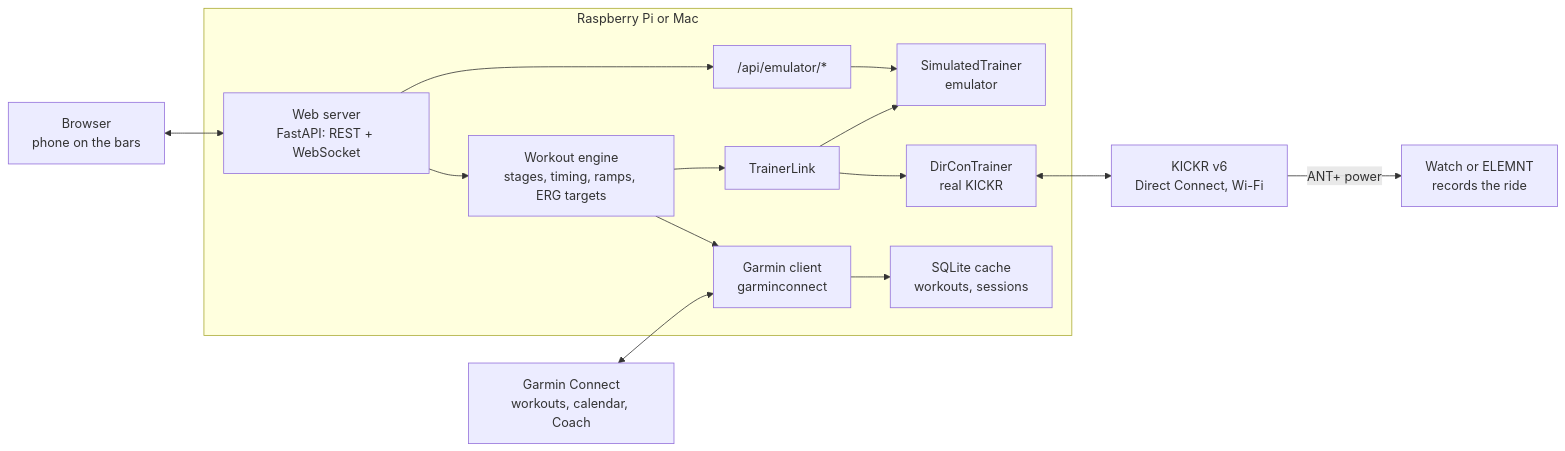
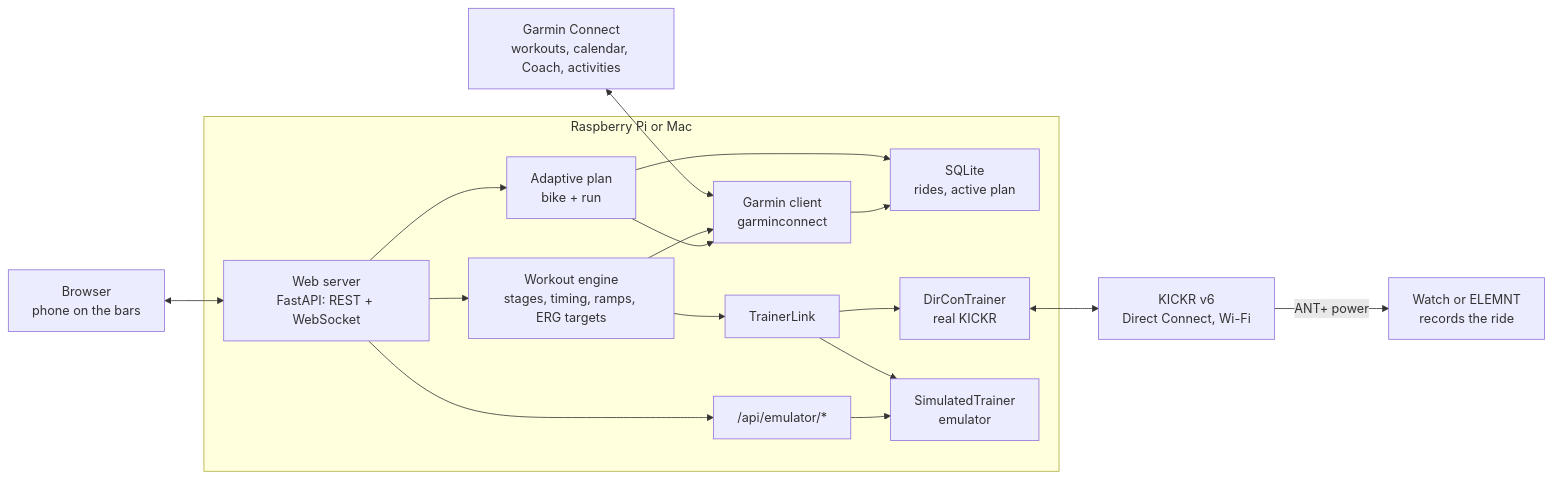
The first of 2 diagrams in specification/SPEC.md (attilameget/HomeWlanTrainer), drawn with Mermaid before and after one commit. The commit also changed other lines of this file and 17 other files, not shown here.

````diff
--- a/specification/SPEC.md
+++ b/specification/SPEC.md
@@ -64,17 +70,20 @@
 ```mermaid
 flowchart LR
     Browser["Browser<br/>phone on the bars"] <--> Web
-    GC["Garmin Connect<br/>workouts, calendar, Coach"] <--> Garmin
+    GC["Garmin Connect<br/>workouts, calendar, Coach, activities"] <--> Garmin
     subgraph Host["Raspberry Pi or Mac"]
         Web["Web server<br/>FastAPI: REST + WebSocket"] --> Engine["Workout engine<br/>stages, timing, ramps, ERG targets"]
+        Web --> Plan["Adaptive plan<br/>bike + run"]
         Engine --> Garmin["Garmin client<br/>garminconnect"]
+        Plan --> Garmin
+        Plan --> DB
         Engine --> Link["TrainerLink"]
         Link --> DirCon["DirConTrainer<br/>real KICKR"]
         Link --> Emu["SimulatedTrainer<br/>emulator"]
         Web --> EmuAPI["/api/emulator/*"]
         EmuAPI --> Emu
-        Garmin --> DB["SQLite cache<br/>workouts, sessions"]
+        Garmin --> DB["SQLite<br/>rides, active plan"]
     end
     DirCon <--> KICKR["KICKR v6<br/>Direct Connect, Wi-Fi"]
     KICKR -- "ANT+ power" --> Watch["Watch or ELEMNT<br/>records the ride"]
 ```
````
